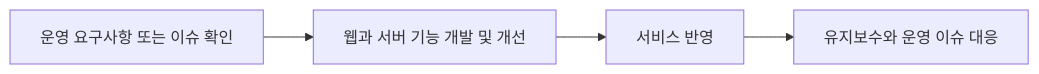
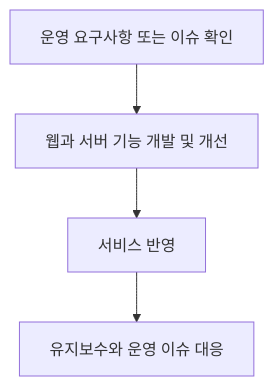
The diagram in projects/public-education/operations.md (KimHG1995/work-history), drawn with Mermaid before and after one commit. The commit also changed 9 other files, not shown here.

Commit message:
docs: 공개 Mermaid 흐름을 단계별로 나눠 가독성 개선

````diff
--- a/projects/public-education/operations.md
+++ b/projects/public-education/operations.md
@@ -41,6 +41,6 @@
 ```mermaid
-flowchart LR
+flowchart TB
     request["운영 요구사항 또는 이슈 확인"] --> develop["웹과 서버 기능 개발 및 개선"]
     develop --> service["서비스 반영"]
     service --> operation["유지보수와 운영 이슈 대응"]
 ```
````
